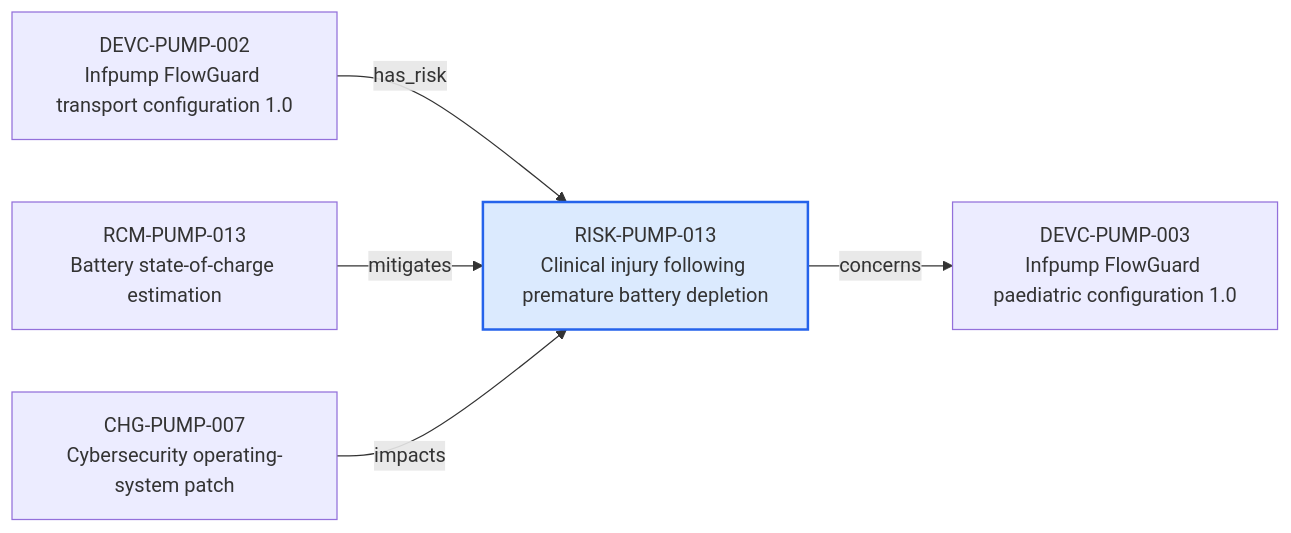
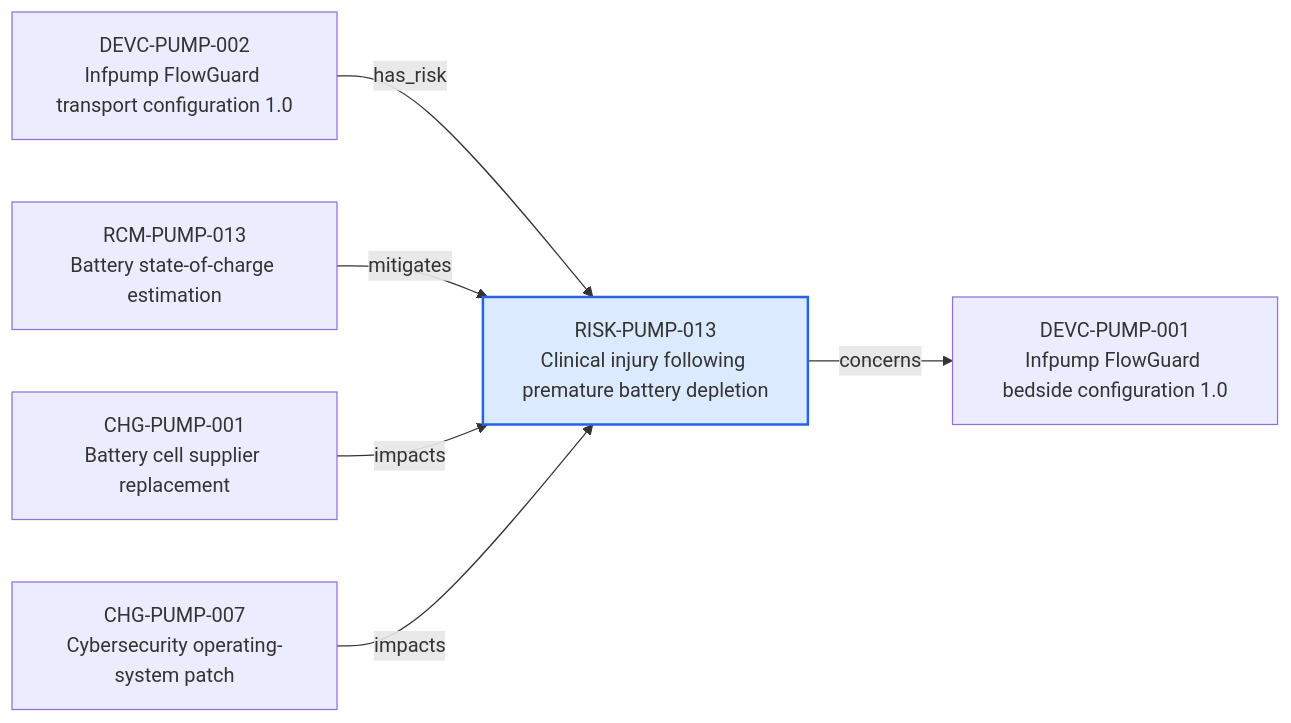
Before and after one commit to mvattulainen/mdrontology: the diagram in content/06-Infpump FlowGuard ontology notes/risk/RISK-PUMP-013-clinical-injury-following-premature-battery-depletion.md, drawn with Mermaid. The commit also changed other lines of this file and 30 other files, not shown here.

````diff
--- a/content/06-Infpump FlowGuard ontology notes/risk/RISK-PUMP-013-clinical-injury-following-premature-battery-depletion.md
+++ b/content/06-Infpump FlowGuard ontology notes/risk/RISK-PUMP-013-clinical-injury-following-premature-battery-depletion.md
@@ -75,14 +75,16 @@
 ```mermaid
 flowchart LR
   CURRENT["RISK-PUMP-013<br/>Clinical injury following premature battery depletion"]
   PREV0["DEVC-PUMP-002<br/>Infpump FlowGuard transport configuration 1.0"]
   PREV0 -->|"has_risk"| CURRENT
   PREV1["RCM-PUMP-013<br/>Battery state-of-charge estimation"]
   PREV1 -->|"mitigates"| CURRENT
-  PREV2["CHG-PUMP-007<br/>Cybersecurity operating-system patch"]
+  PREV2["CHG-PUMP-001<br/>Battery cell supplier replacement"]
   PREV2 -->|"impacts"| CURRENT
-  NEXT0["DEVC-PUMP-003<br/>Infpump FlowGuard paediatric configuration 1.0"]
+  PREV3["CHG-PUMP-007<br/>Cybersecurity operating-system patch"]
+  PREV3 -->|"impacts"| CURRENT
+  NEXT0["DEVC-PUMP-001<br/>Infpump FlowGuard bedside configuration 1.0"]
   CURRENT -->|"concerns"| NEXT0
   classDef current fill:#dbeafe,stroke:#2563eb,stroke-width:2px
   class CURRENT current
 ```
````
